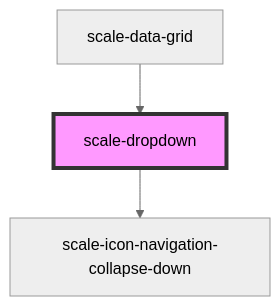
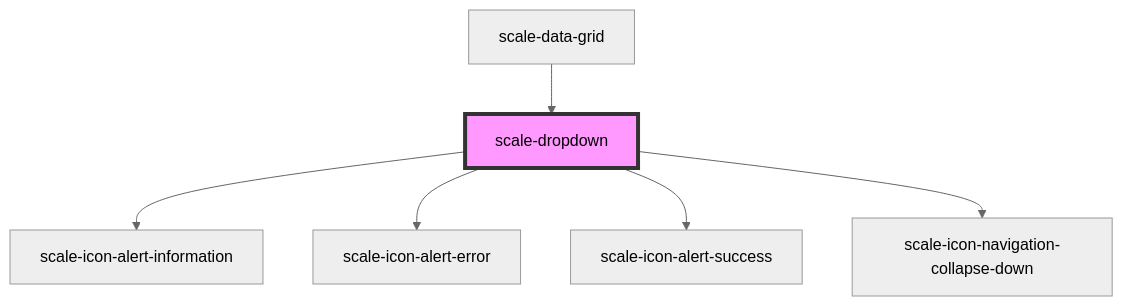
One commit to telekom/scale changed the diagram in packages/components/src/components/dropdown/readme.md. Above: the diagram before and after it, drawn with Mermaid (neutral theme). The commit also changed other lines of this file and 5 other files, not shown here.

````diff
--- a/packages/components/src/components/dropdown/readme.md
+++ b/packages/components/src/components/dropdown/readme.md
@@ -56,6 +62,9 @@
 ```mermaid
 graph TD;
+  scale-dropdown --> scale-icon-alert-information
+  scale-dropdown --> scale-icon-alert-error
+  scale-dropdown --> scale-icon-alert-success
   scale-dropdown --> scale-icon-navigation-collapse-down
   scale-data-grid --> scale-dropdown
   style scale-dropdown fill:#f9f,stroke:#333,stroke-width:4px
 ```
````
